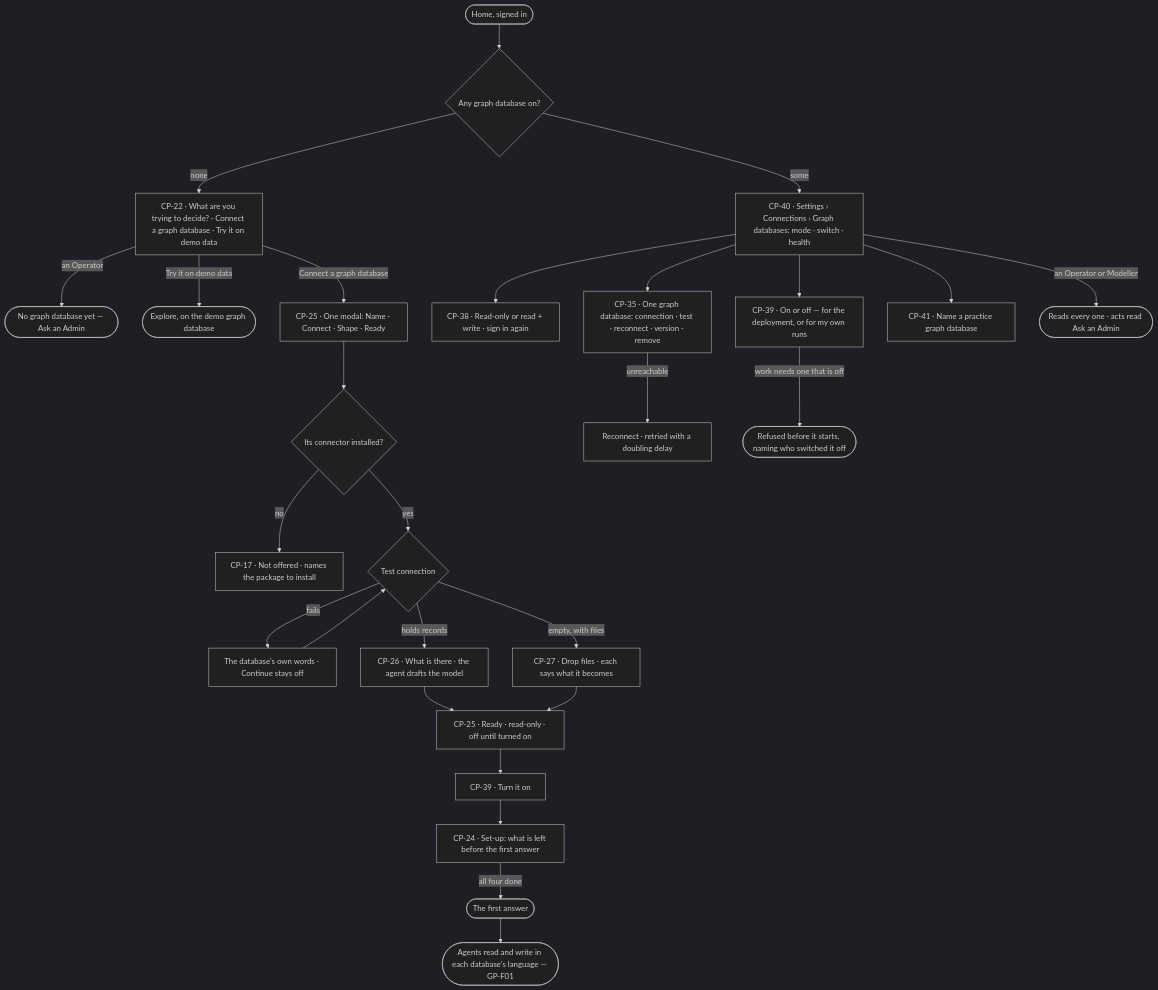
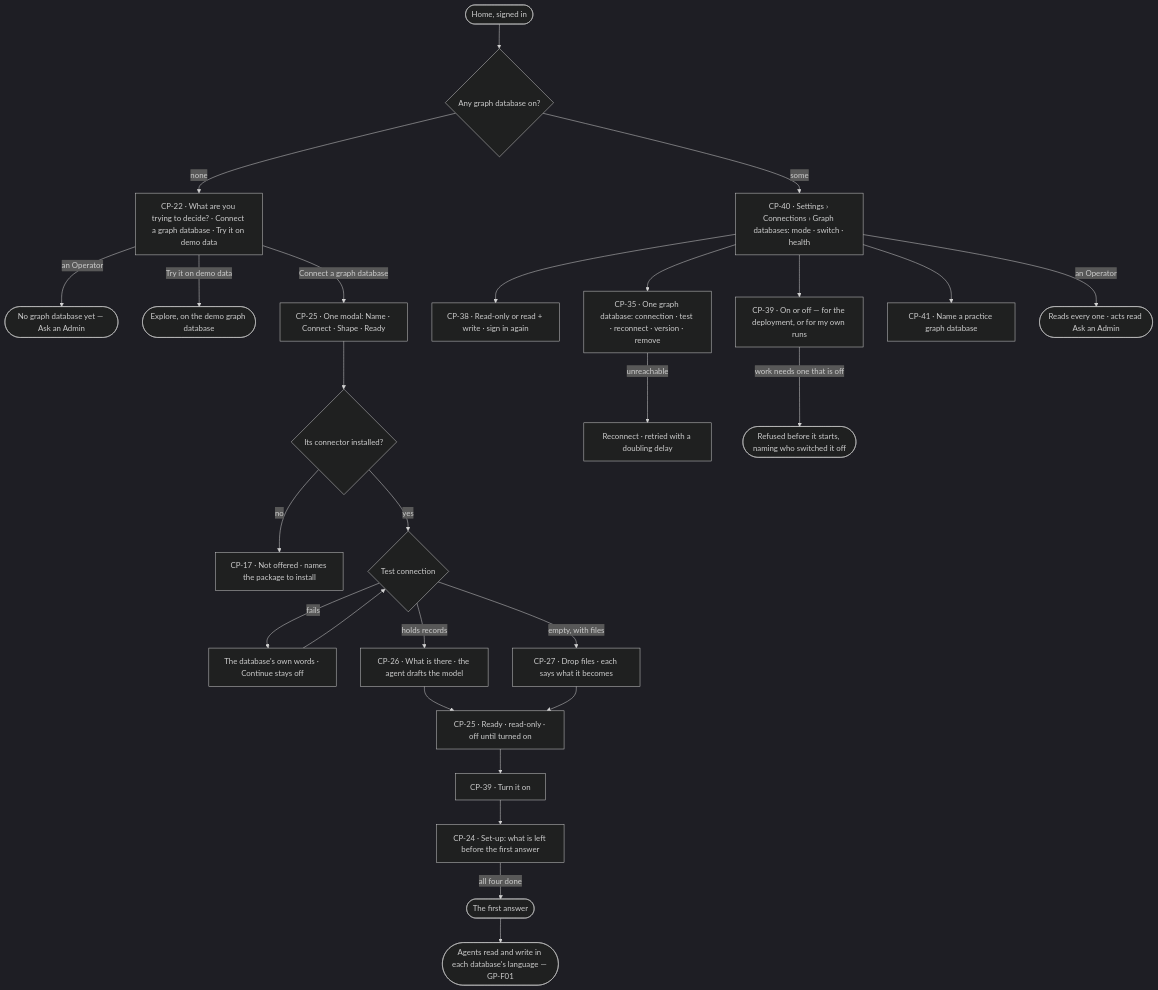
The first of 2 diagrams in specs/os/control/features/CP-F05-graph-databases/feature.md (invana/invana), drawn with Mermaid (dark theme) before and after one commit. The commit also changed other lines of this file and 228 other files, not shown here.

````diff
--- a/specs/os/control/features/CP-F05-graph-databases/feature.md
+++ b/specs/os/control/features/CP-F05-graph-databases/feature.md
@@ -26,28 +26,28 @@
 ```mermaid
 flowchart TD
   h([Home, signed in]) --> f{"Any graph database on?"}
   f -->|none| q["CP-22 · What are you trying to decide? · Connect a graph database · Try it on demo data"]
   q -->|an Operator| qa(["No graph database yet — Ask an Admin"])
   q -->|Try it on demo data| dm(["Explore, on the demo graph database"])
   q -->|Connect a graph database| c["CP-25 · One modal: Name · Connect · Shape · Ready"]
   c --> pk{"Its connector installed?"}
   pk -->|no| pkn["CP-17 · Not offered · names the package to install"]
   pk -->|yes| t{"Test connection"}
   t -->|fails| tf["The database's own words · Continue stays off"] --> t
   t -->|holds records| hd["CP-26 · What is there · the agent drafts the model"]
   t -->|empty, with files| fl["CP-27 · Drop files · each says what it becomes"]
   hd --> rd["CP-25 · Ready · read-only · off until turned on"]
   fl --> rd
   rd --> on["CP-39 · Turn it on"]
   on --> su["CP-24 · Set-up: what is left before the first answer"]
   su -->|all four done| ans(["The first answer"])
   f -->|some| ls["CP-40 · Settings › Connections › Graph databases: mode · switch · health"]
   ls --> md["CP-38 · Read-only or read + write · sign in again"]
   ls --> sw["CP-39 · On or off — for the deployment, or for my own runs"]
   ls --> one["CP-35 · One graph database: connection · test · reconnect · version · remove"]
   one -->|unreachable| rc["Reconnect · retried with a doubling delay"]
   ls --> pr["CP-41 · Name a practice graph database"]
-  ls -->|an Operator or Modeller| ro(["Reads every one · acts read Ask an Admin"])
+  ls -->|an Operator| ro(["Reads every one · acts read Ask an Admin"])
   sw -->|work needs one that is off| off(["Refused before it starts, naming who switched it off"])
   ans --> rw(["Agents read and write in each database's language — GP-F01"])
 ```
````
